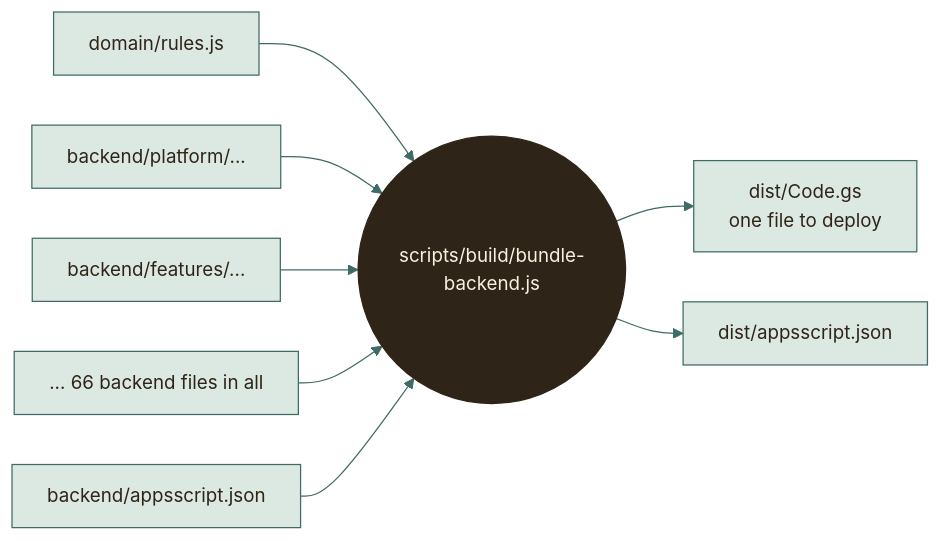
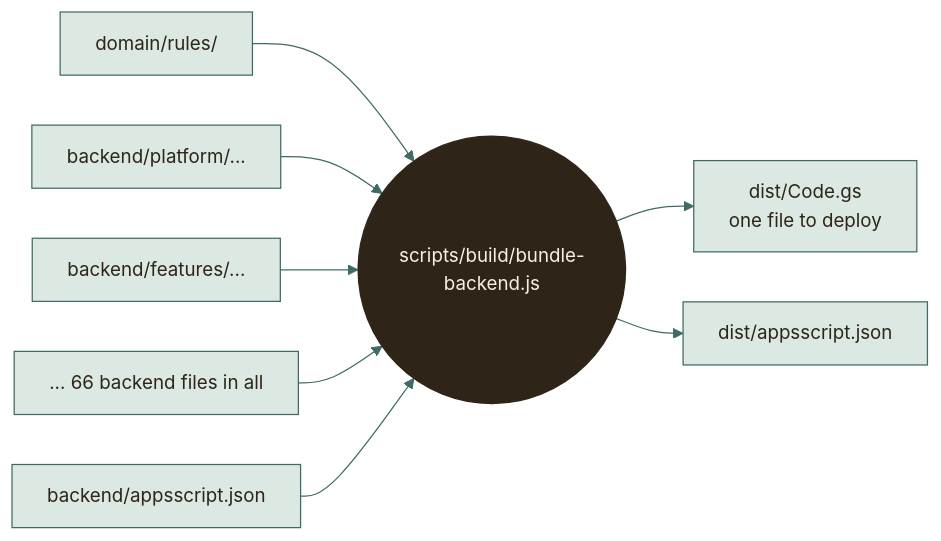
The fourth of 9 diagrams in docs/architecture/WORKAROUNDS.md (moyeh04/forms-platform), drawn with Mermaid before and after one commit. The commit also changed other lines of this file and 6 other files, not shown here.

````diff
--- a/docs/architecture/WORKAROUNDS.md
+++ b/docs/architecture/WORKAROUNDS.md
@@ -235,40 +235,40 @@
 ```mermaid
 %%{init: {
   'theme': 'base',
   'themeVariables': {
     'fontFamily': 'ui-sans-serif, system-ui, -apple-system, Segoe UI, Roboto, sans-serif',
     'fontSize': '15px',
     'primaryColor': '#DCE9E2', 'primaryBorderColor': '#3F6B66', 'primaryTextColor': '#2F2418',
     'secondaryColor': '#F0E4C8', 'secondaryBorderColor': '#C9A24A', 'secondaryTextColor': '#2F2418',
     'tertiaryColor': '#F6EFDC', 'tertiaryBorderColor': '#CDBB94', 'tertiaryTextColor': '#2F2418',
     'lineColor': '#3F6B66', 'textColor': '#2F2418', 'mainBkg': '#DCE9E2', 'nodeBorder': '#3F6B66',
     'clusterBkg': '#F6EFDC', 'clusterBorder': '#CDBB94', 'titleColor': '#2F2418',
     'edgeLabelBackground': '#F8F1DD',
     'actorBkg': '#DCE9E2', 'actorBorder': '#3F6B66', 'actorTextColor': '#2F2418', 'actorLineColor': '#8FB3AB',
     'signalColor': '#477A73', 'signalTextColor': '#477A73',
     'labelBoxBkgColor': '#F0E4C8', 'labelBoxBorderColor': '#C9A24A', 'labelTextColor': '#2F2418', 'loopTextColor': '#6A5A44',
     'noteBkgColor': '#FBEFC9', 'noteBorderColor': '#C9A24A', 'noteTextColor': '#2F2418',
     'activationBkgColor': '#DCE9E2', 'activationBorderColor': '#3F6B66', 'sequenceNumberColor': '#F8F1DD',
     'transitionColor': '#3F6B66', 'stateLabelColor': '#2F2418', 'stateBkg': '#DCE9E2', 'altBackground': '#F6EFDC',
     'attributeBackgroundColorOdd': '#F8F1DD', 'attributeBackgroundColorEven': '#F0E4C8'
   },
   'flowchart': {'curve': 'basis', 'padding': 14, 'nodeSpacing': 40, 'rankSpacing': 46},
   'sequence': {'mirrorActors': false, 'messageMargin': 34, 'boxMargin': 8}
 }}%%
 flowchart LR
-    r["domain/rules.js"] --> bundle
+    r["domain/rules/"] --> bundle
     b1["backend/platform/..."] --> bundle
     b2["backend/features/..."] --> bundle
     b3["... 66 backend files in all"] --> bundle
     bundle(("scripts/build/bundle-backend.js"))
     bundle --> out["dist/Code.gs<br/>one file to deploy"]
     manifest["backend/appsscript.json"] --> bundle
     bundle --> out2["dist/appsscript.json"]
     classDef cDb fill:#F3E2B3,stroke:#B8892D,stroke-width:1.5px,color:#2F2418
     classDef cActor fill:#F4D9D3,stroke:#9A3328,stroke-width:1.5px,color:#2F2418
     classDef cDec fill:#FBEFC9,stroke:#C9A24A,stroke-width:1.5px,color:#2F2418
     classDef cEnd fill:#2F2418,stroke:#2F2418,color:#F8F1DD
     classDef cErr fill:#F6D5CF,stroke:#A12B1F,stroke-width:1.5px,color:#5A140C
     classDef cOk fill:#BFD9CF,stroke:#2E5A55,stroke-width:1.5px,color:#17302D
     class bundle cEnd
 ```
````
